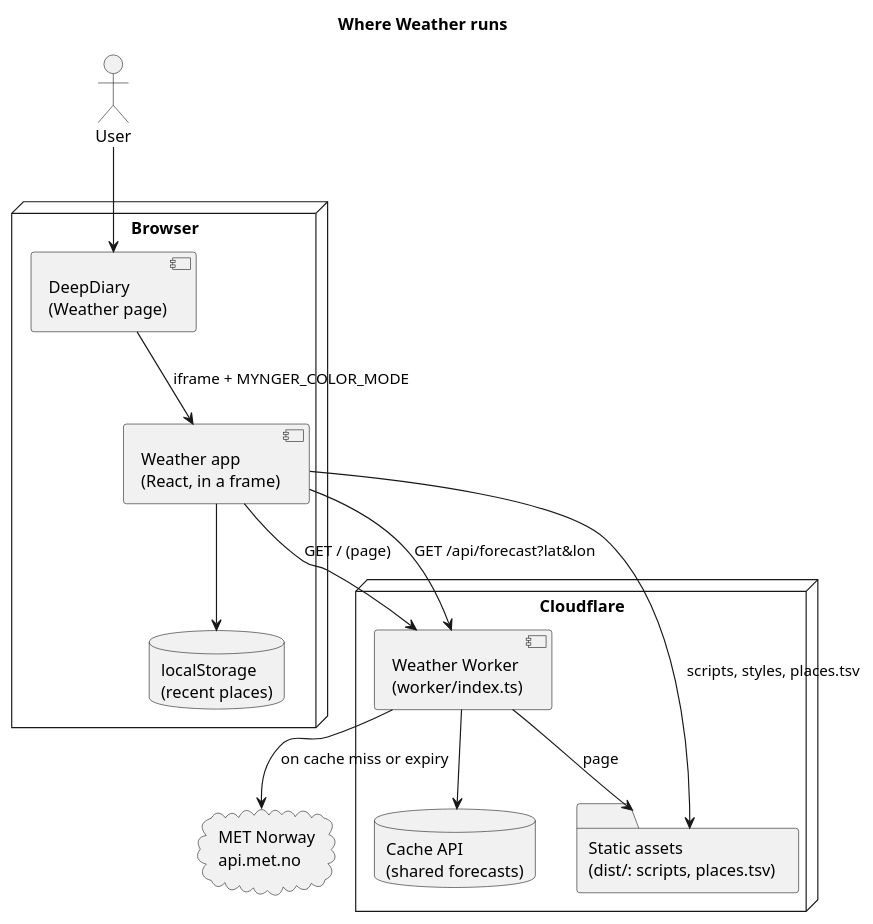
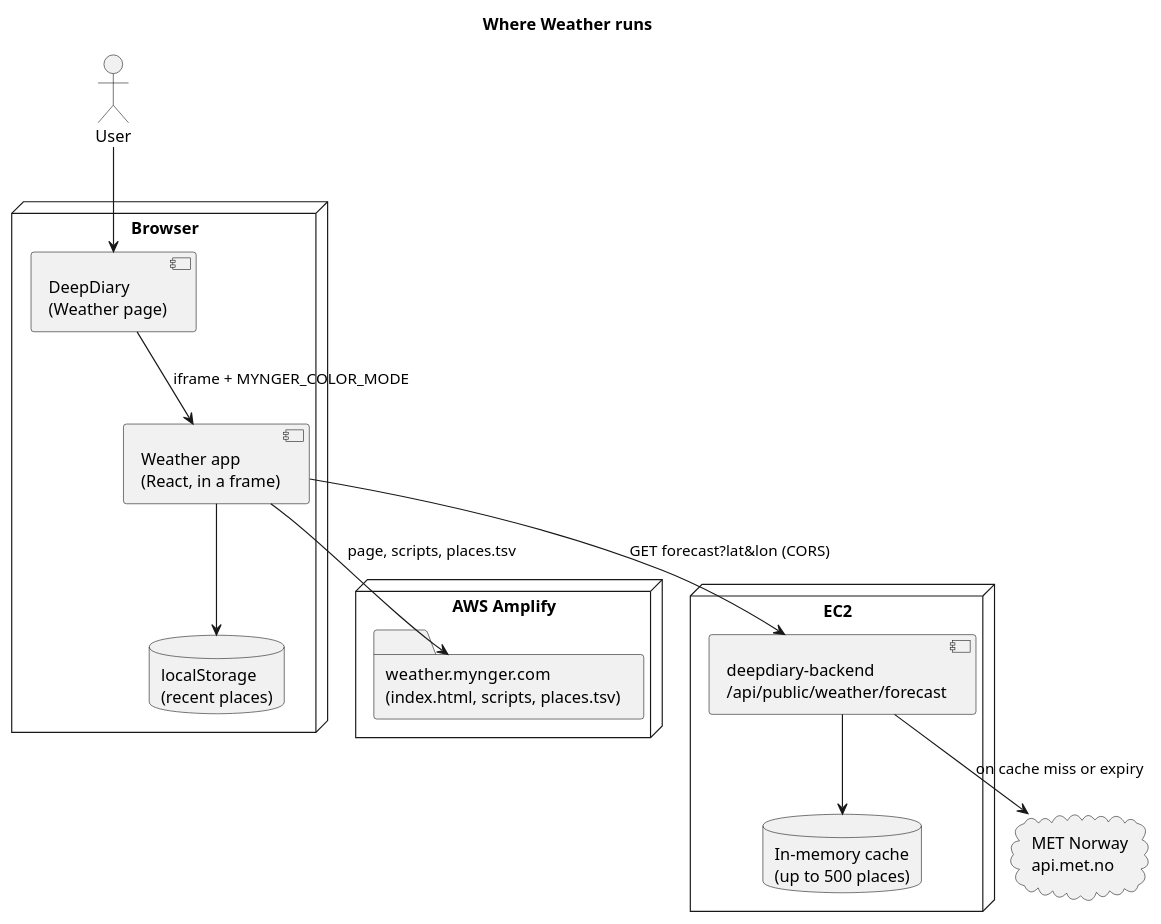
The first of 2 diagrams in README.md (Nkosie199/WeatherApp), drawn with PlantUML before and after one commit. The commit also changed other lines of this file and 18 other files, not shown here.

First line of the commit message:
Forecasts from deepdiary-backend; host on Amplify like the other apps

````diff
--- a/README.md
+++ b/README.md
@@ -34,27 +37,27 @@
 ```plantuml
 @startuml
 title Where Weather runs
 actor User
 node "Browser" {
   component "DeepDiary\n(Weather page)" as DD
   component "Weather app\n(React, in a frame)" as App
   database "localStorage\n(recent places)" as LS
 }
-node "Cloudflare" {
-  component "Weather Worker\n(worker/index.ts)" as W
-  database "Cache API\n(shared forecasts)" as C
-  folder "Static assets\n(dist/: scripts, places.tsv)" as A
+node "AWS Amplify" {
+  folder "weather.mynger.com\n(index.html, scripts, places.tsv)" as Static
+}
+node "EC2" {
+  component "deepdiary-backend\n/api/public/weather/forecast" as API
+  database "In-memory cache\n(up to 500 places)" as C
 }
 cloud "MET Norway\napi.met.no" as MET
 
 User --> DD
 DD --> App : iframe + MYNGER_COLOR_MODE
+App --> Static : page, scripts, places.tsv
 App --> LS
-App --> A : scripts, styles, places.tsv
-App --> W : GET / (page)
-App --> W : GET /api/forecast?lat&lon
-W --> A : page
-W --> C
-W --> MET : on cache miss or expiry
+App --> API : GET forecast?lat&lon (CORS)
+API --> C
+API --> MET : on cache miss or expiry
 @enduml
 ```
````
